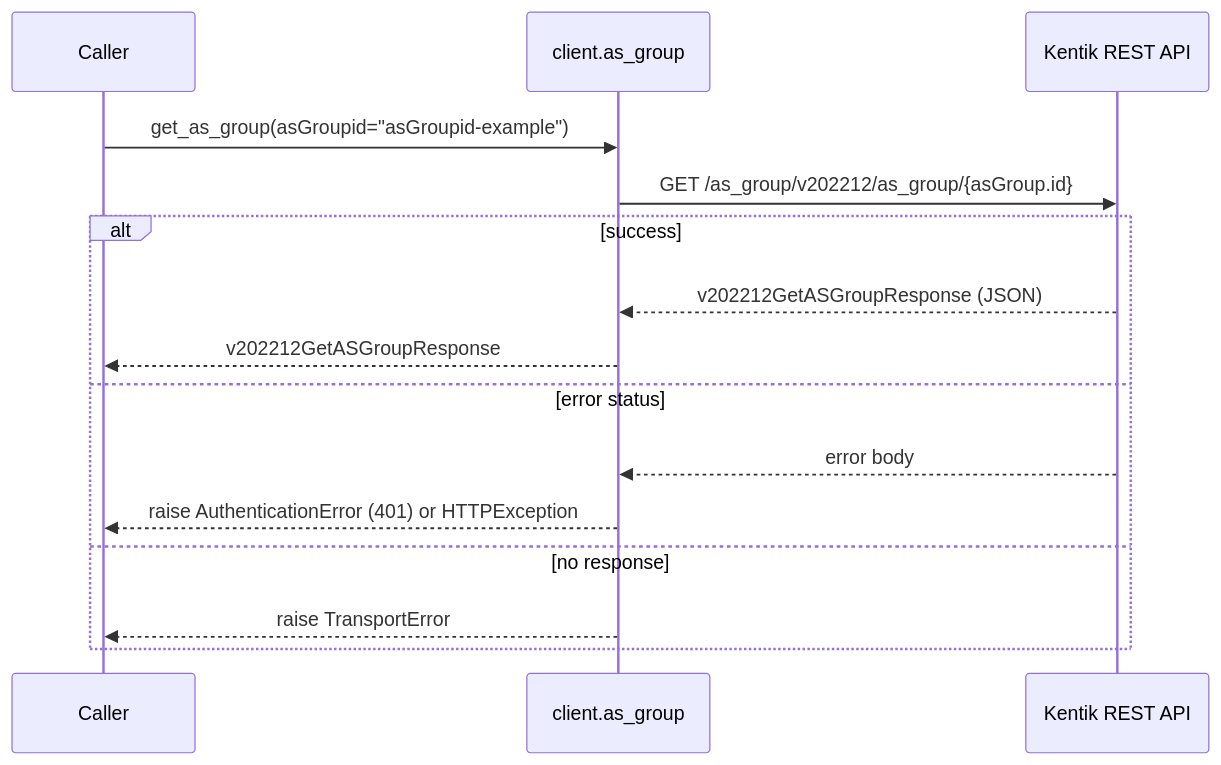
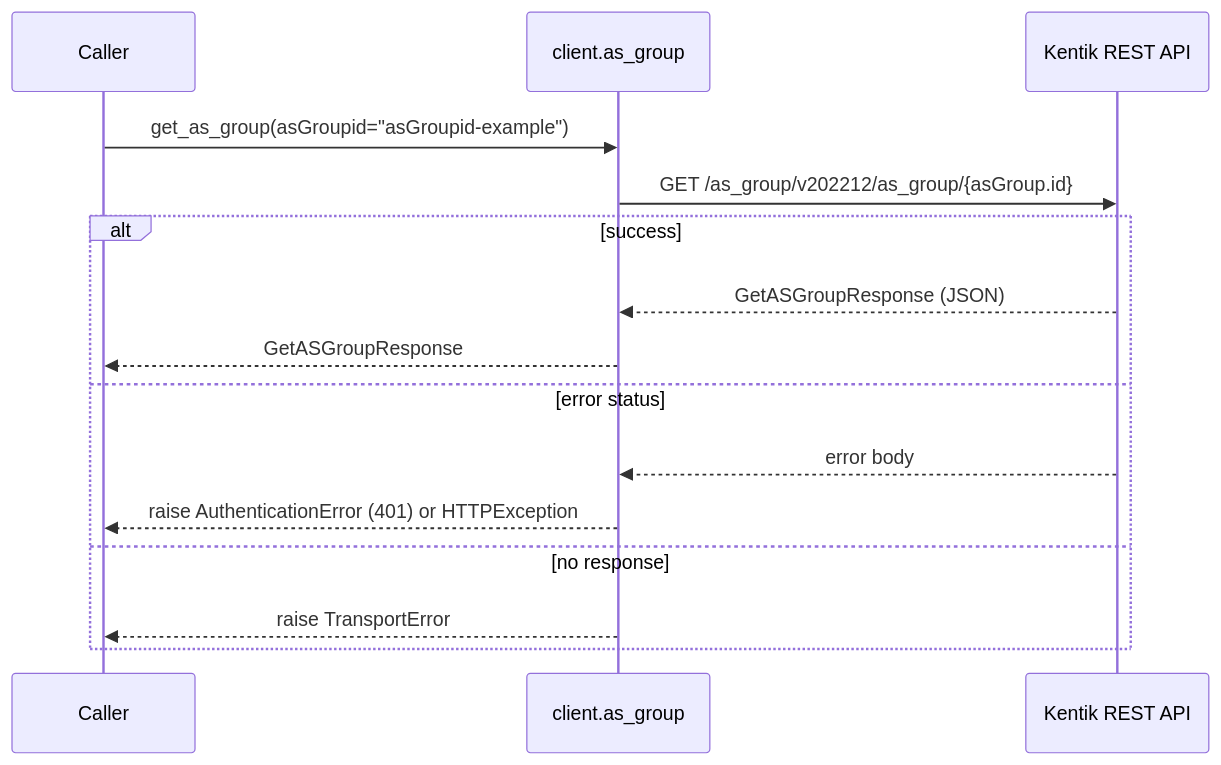
Before and after one commit to alexdearaujo/community_sdk_python: the sixth of 12 diagrams in docs/sphinx/services/as_group.md, drawn with Mermaid. The commit also changed other lines of this file and 38 other files, not shown here.

````diff
--- a/docs/sphinx/services/as_group.md
+++ b/docs/sphinx/services/as_group.md
@@ -182,18 +182,18 @@
 ```mermaid
 sequenceDiagram
     participant C as Caller
     participant W as client.as_group
     participant API as Kentik REST API
 
     C->>W: get_as_group(asGroupid="asGroupid-example")
     W->>API: GET /as_group/v202212/as_group/{asGroup.id}
     alt success
-        API-->>W: v202212GetASGroupResponse (JSON)
-        W-->>C: v202212GetASGroupResponse
+        API-->>W: GetASGroupResponse (JSON)
+        W-->>C: GetASGroupResponse
     else error status
         API-->>W: error body
         W-->>C: raise AuthenticationError (401) or HTTPException
     else no response
         W-->>C: raise TransportError
     end
 ```
````
